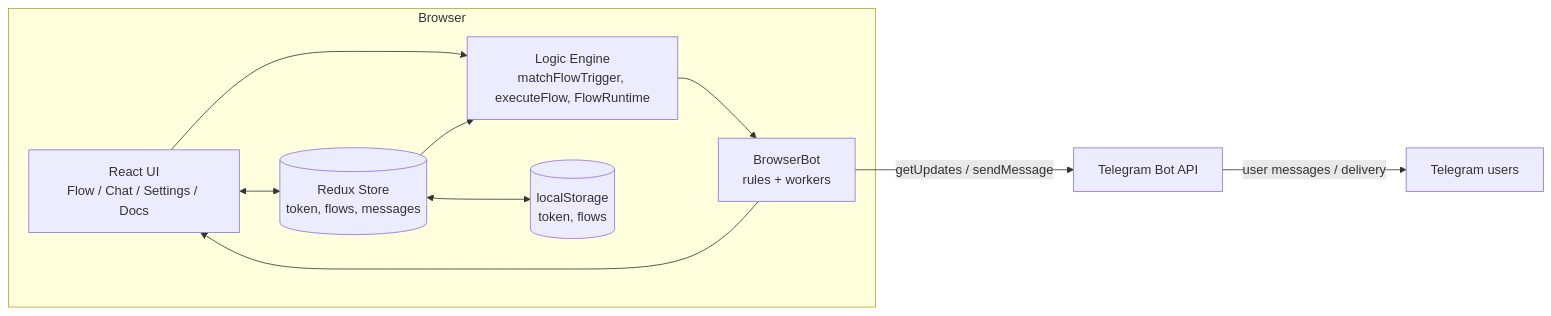
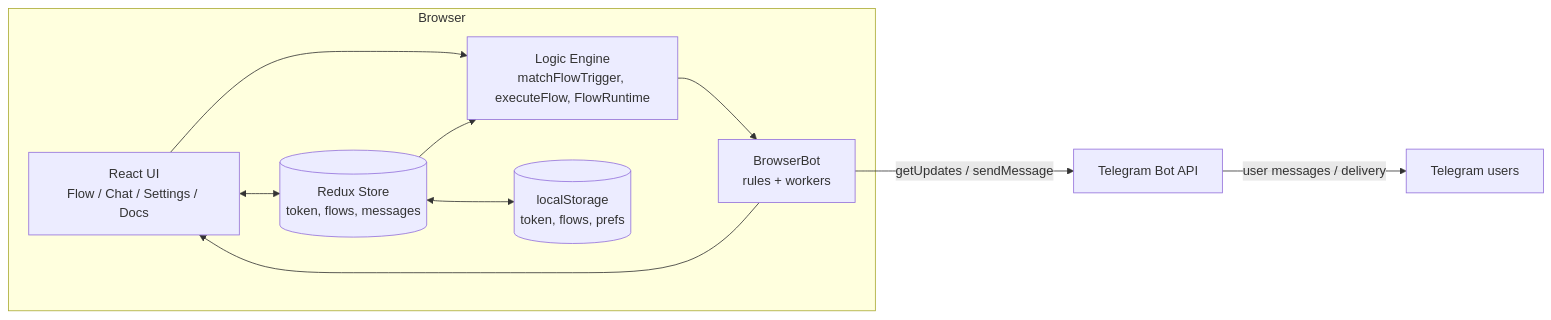
Before and after one commit to Jh123x/telegram-bot-on-browser: the first of 6 diagrams in docs/ARCHITECTURE.md, drawn with Mermaid. The commit also changed other lines of this file and 2 other files, not shown here.

````diff
--- a/docs/ARCHITECTURE.md
+++ b/docs/ARCHITECTURE.md
@@ -11,20 +11,20 @@
 ```mermaid
 flowchart LR
   subgraph Browser
     UI[React UI<br/>Flow / Chat / Settings / Docs]
     Store[(Redux Store<br/>token, flows, messages)]
     Logic[Logic Engine<br/>matchFlowTrigger, executeFlow, FlowRuntime]
     Bot[BrowserBot<br/>rules + workers]
-    Local[(localStorage<br/>token, flows)]
+    Local[(localStorage<br/>token, flows, prefs)]
 
     UI <--> Store
     UI --> Logic
     Store --> Logic
     Logic --> Bot
     Bot --> UI
     Store <--> Local
   end
 
   Bot -- "getUpdates / sendMessage" --> API[Telegram Bot API]
   API -- "user messages / delivery" --> Telegram[Telegram users]
 ```
````
